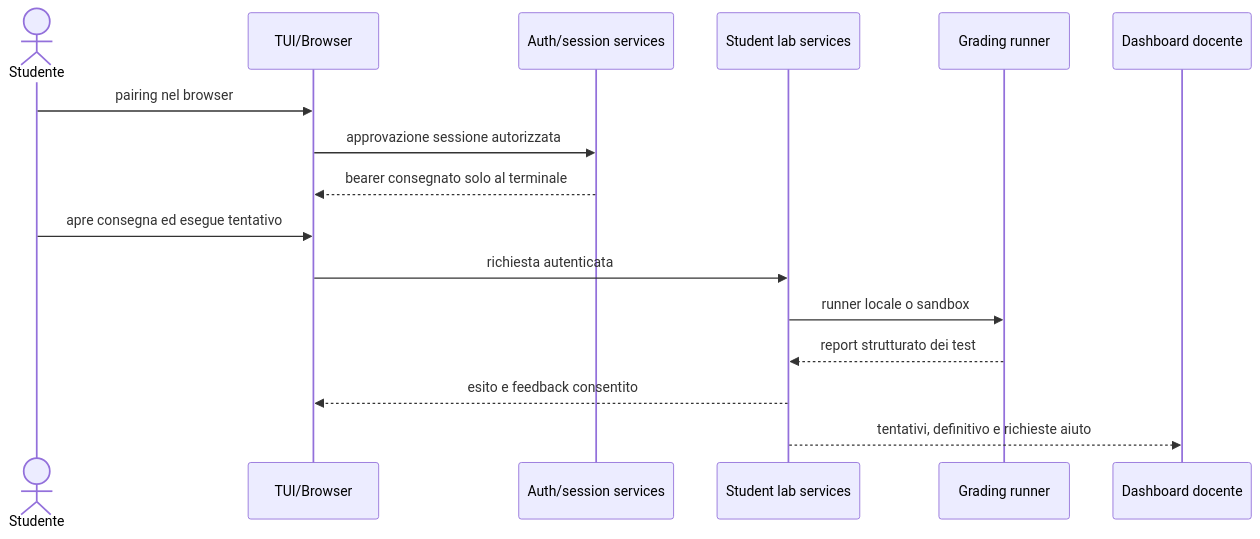
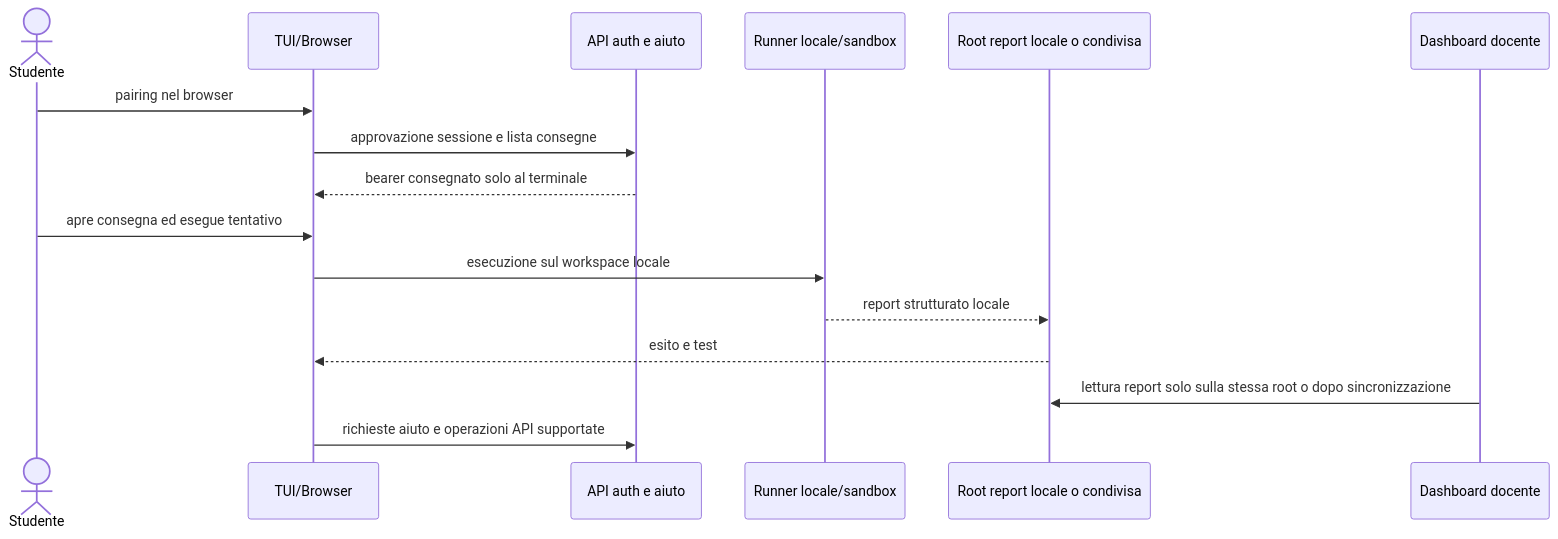
One commit to TheBitPoets/2cornot2c changed the fourth of 5 diagrams in doc/ARCHITETTURA_MVP.md. Above: the diagram before and after it, drawn with Mermaid. The commit also changed other lines of this file and 3 other files, not shown here.

Commit message:
docs: state local report and student dashboard limits

````diff
--- a/doc/ARCHITETTURA_MVP.md
+++ b/doc/ARCHITETTURA_MVP.md
@@ -79,18 +79,18 @@
 ```mermaid
 sequenceDiagram
     actor S as Studente
     participant T as TUI/Browser
-    participant A as Auth/session services
-    participant L as Student lab services
-    participant G as Grading runner
+    participant A as API auth e aiuto
+    participant G as Runner locale/sandbox
+    participant F as Root report locale o condivisa
     participant D as Dashboard docente
     S->>T: pairing nel browser
-    T->>A: approvazione sessione autorizzata
+    T->>A: approvazione sessione e lista consegne
     A-->>T: bearer consegnato solo al terminale
     S->>T: apre consegna ed esegue tentativo
-    T->>L: richiesta autenticata
-    L->>G: runner locale o sandbox
-    G-->>L: report strutturato dei test
-    L-->>T: esito e feedback consentito
-    L-->>D: tentativi, definitivo e richieste aiuto
+    T->>G: esecuzione sul workspace locale
+    G-->>F: report strutturato locale
+    F-->>T: esito e test
+    D->>F: lettura report solo sulla stessa root o dopo sincronizzazione
+    T->>A: richieste aiuto e operazioni API supportate
 ```
````
